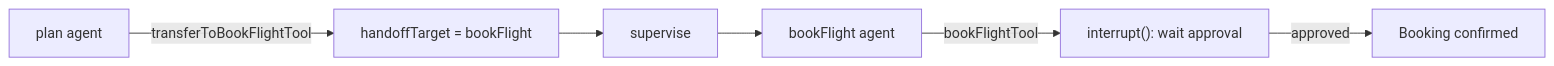
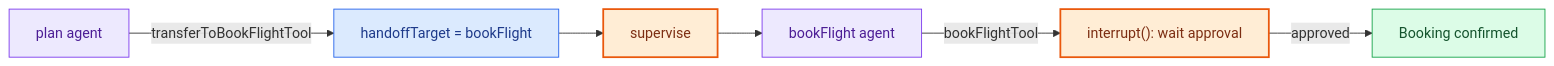
One commit to nguyentrathao-agilityio/travel-assistant changed the first of 2 diagrams in docs/flows/04-booking-handoff-hitl.md. Above: the diagram before and after it, drawn with Mermaid. The commit also changed other lines of this file and 6 other files, not shown here.

Commit message:
docs: style Mermaid workflow diagrams

````diff
--- a/docs/flows/04-booking-handoff-hitl.md
+++ b/docs/flows/04-booking-handoff-hitl.md
@@ -9,8 +9,18 @@
 ```mermaid
 flowchart LR
     Plan[plan agent] -->|transferToBookFlightTool| Set["handoffTarget = bookFlight"]
     Set --> Supervise[supervise]
     Supervise --> Book[bookFlight agent]
     Book -->|bookFlightTool| Interrupt["interrupt(): wait approval"]
     Interrupt -->|approved| Confirmed[Booking confirmed]
+
+    classDef agent fill:#ede9fe,stroke:#7c3aed,color:#4c1d95
+    classDef routing fill:#dbeafe,stroke:#2563eb,color:#1e3a8a
+    classDef control fill:#ffedd5,stroke:#ea580c,color:#7c2d12,stroke-width:2px
+    classDef success fill:#dcfce7,stroke:#16a34a,color:#14532d
+
+    class Plan,Book agent
+    class Set routing
+    class Supervise,Interrupt control
+    class Confirmed success
 ```
````
